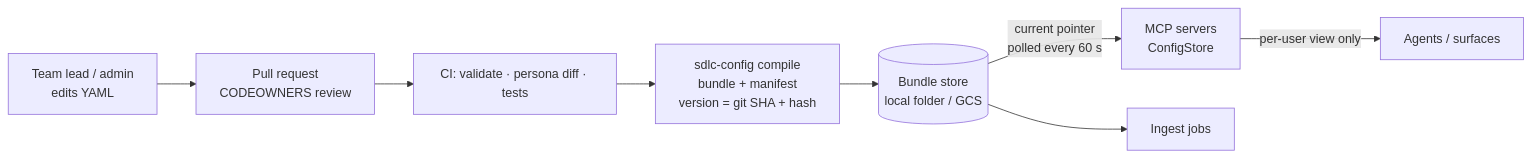
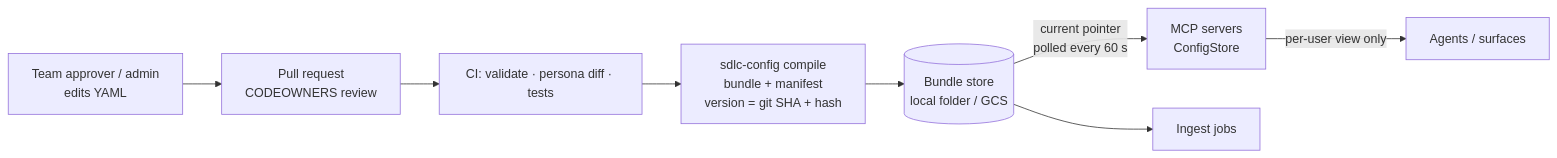
One commit to shaheenks/agentic-sdlc-core changed the seventh of 7 diagrams in docs/ARCHITECTURE.md. Above: the diagram before and after it, drawn with Mermaid. The commit also changed other lines of this file and 52 other files, not shown here.

````diff
--- a/docs/ARCHITECTURE.md
+++ b/docs/ARCHITECTURE.md
@@ -385,10 +391,10 @@
 ```mermaid
 flowchart LR
-    DEV[Team lead / admin<br/>edits YAML] --> PR[Pull request<br/>CODEOWNERS review]
+    DEV[Team approver / admin<br/>edits YAML] --> PR[Pull request<br/>CODEOWNERS review]
     PR --> CI[CI: validate · persona diff · tests]
     CI --> BUILD[sdlc-config compile<br/>bundle + manifest<br/>version = git SHA + hash]
     BUILD --> STORE[(Bundle store<br/>local folder / GCS)]
     STORE -- "current pointer<br/>polled every 60 s" --> MCP[MCP servers<br/>ConfigStore]
     STORE --> ING[Ingest jobs]
     MCP -- "per-user view only" --> AG[Agents / surfaces]
 ```
````
